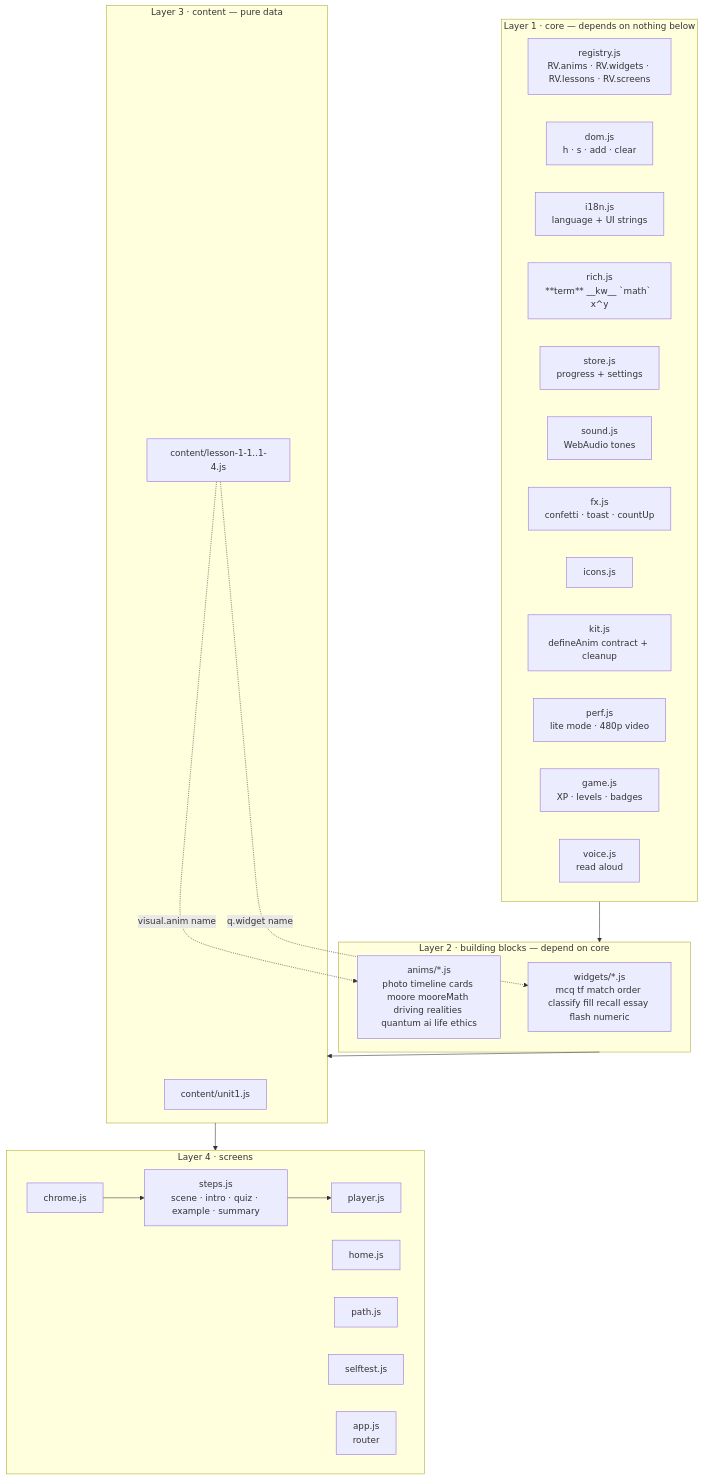
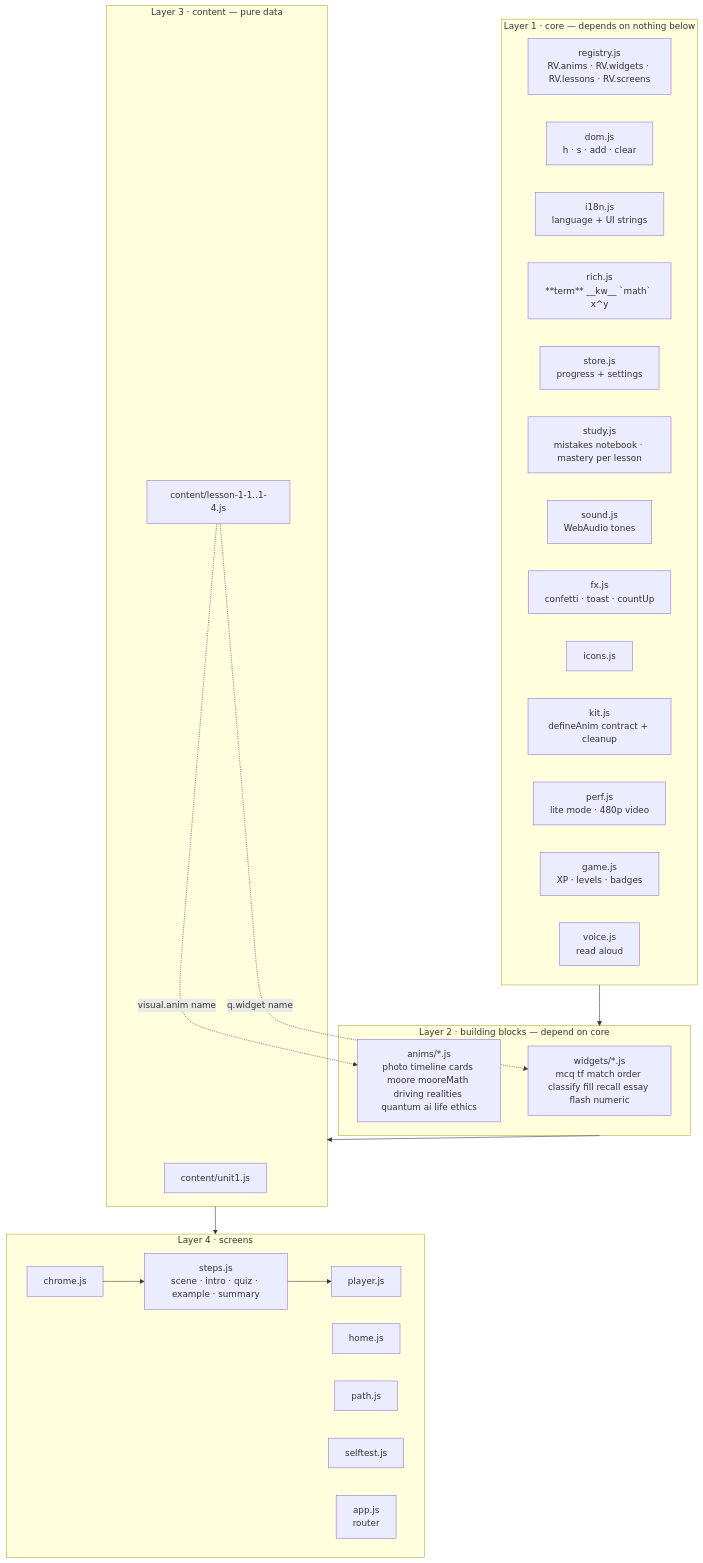
One commit to Dev-Mohamed-Ashraf/interactive-review-unit1 changed the diagram in docs/ARCHITECTURE.md. Above: the diagram before and after it, drawn with Mermaid. The commit also changed 10 other files, not shown here.

First line of the commit message:
Add a mistakes notebook and mastery per lesson

````diff
--- a/docs/ARCHITECTURE.md
+++ b/docs/ARCHITECTURE.md
@@ -7,34 +7,35 @@
 ```mermaid
 flowchart TD
   subgraph L1[Layer 1 · core — depends on nothing below]
     registry[registry.js<br/>RV.anims · RV.widgets · RV.lessons · RV.screens]
     dom[dom.js<br/>h · s · add · clear]
     i18n[i18n.js<br/>language + UI strings]
     rich[rich.js<br/>**term** __kw__ `math` x^y]
     store[store.js<br/>progress + settings]
+    study[study.js<br/>mistakes notebook · mastery per lesson]
     sound[sound.js<br/>WebAudio tones]
     fx[fx.js<br/>confetti · toast · countUp]
     icons[icons.js]
     kit[kit.js<br/>defineAnim contract + cleanup]
     perf[perf.js<br/>lite mode · 480p video]
     game[game.js<br/>XP · levels · badges]
     voice[voice.js<br/>read aloud]
   end
   subgraph L2[Layer 2 · building blocks — depend on core]
     widgets[widgets/*.js<br/>mcq tf match order classify fill recall essay flash numeric]
     anims[anims/*.js<br/>photo timeline cards moore mooreMath driving realities quantum ai life ethics]
   end
   subgraph L3[Layer 3 · content — pure data]
     unit[content/unit1.js]
     lessons[content/lesson-1-1..1-4.js]
   end
   subgraph L4[Layer 4 · screens]
     chrome[chrome.js] --> steps[steps.js<br/>scene · intro · quiz · example · summary]
     steps --> player[player.js]
     home[home.js]; path[path.js]; selftest[selftest.js]
     app[app.js<br/>router]
   end
   L1 --> L2 --> L3 --> L4
   lessons -. "visual.anim name" .-> anims
   lessons -. "q.widget name" .-> widgets
 ```
````
